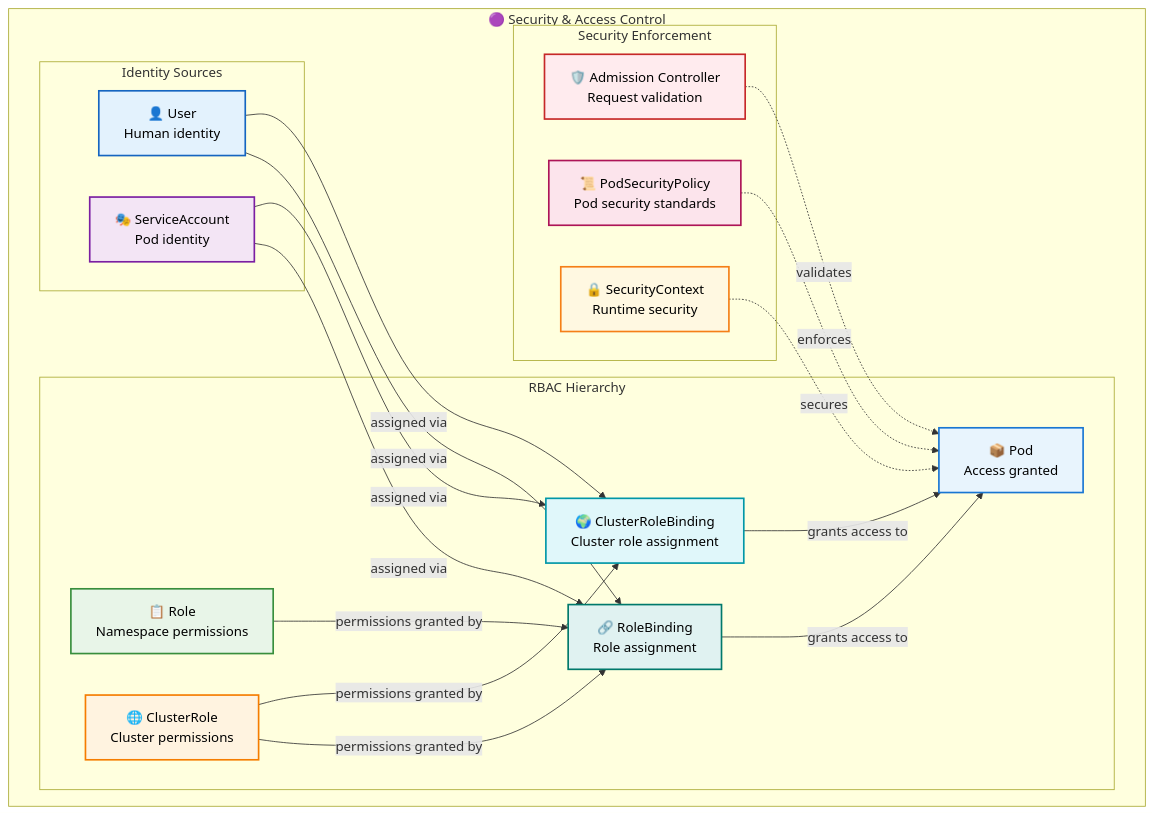
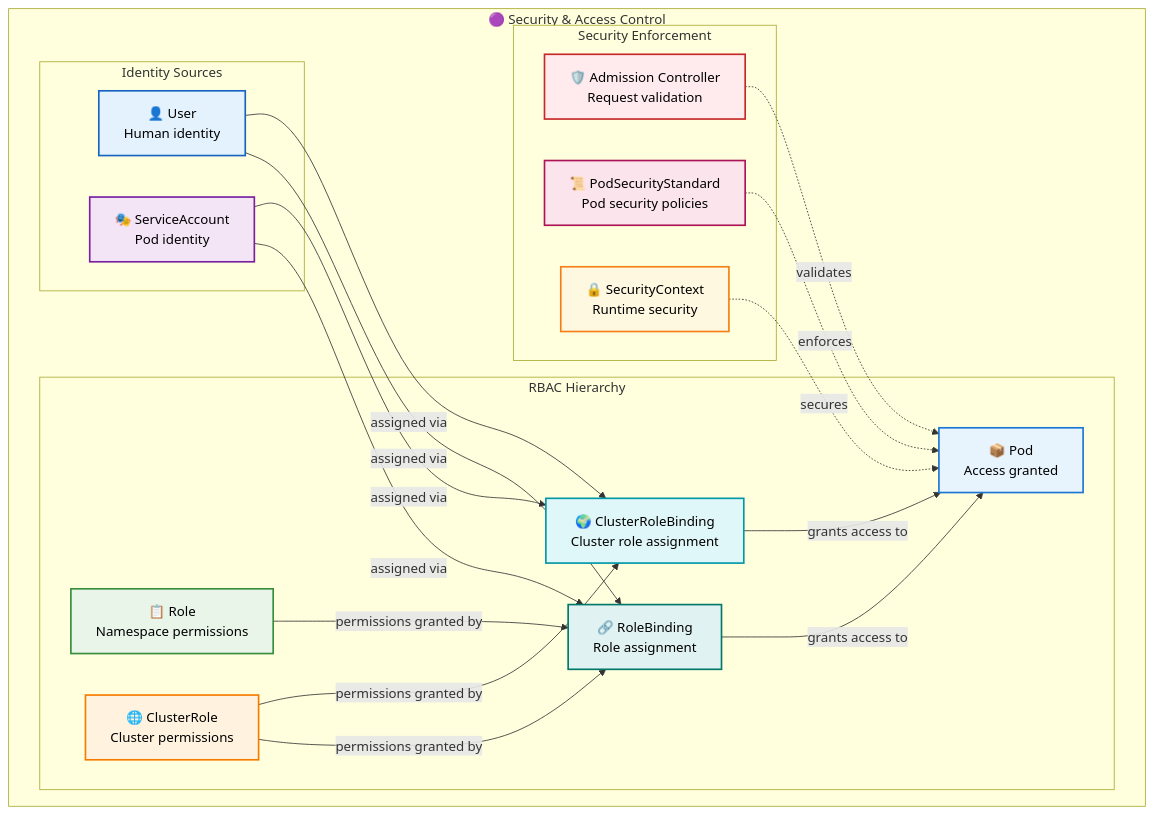
Before and after one commit to razkevich/system_design_course: the sixth of 8 diagrams in 1.4_distributed_systems/kubernetes_developer_guide.md, drawn with Mermaid. The commit also changed other lines of this file, not shown here.

````diff
--- a/1.4_distributed_systems/kubernetes_developer_guide.md
+++ b/1.4_distributed_systems/kubernetes_developer_guide.md
@@ -209,49 +205,49 @@
 ```mermaid
 flowchart TD
     subgraph "🟣 Security & Access Control"
         
         subgraph "Identity Sources"
             User["👤 User<br/>Human identity"]
             ServiceAccount["🎭 ServiceAccount<br/>Pod identity"]
         end
         
         subgraph "RBAC Hierarchy"
             Role["📋 Role<br/>Namespace permissions"]
             ClusterRole["🌐 ClusterRole<br/>Cluster permissions"]
             RoleBinding["🔗 RoleBinding<br/>Role assignment"]
             ClusterRoleBinding["🌍 ClusterRoleBinding<br/>Cluster role assignment"]
             SecurityPod["📦 Pod<br/>Access granted"]
             
             User -->|"assigned via"| RoleBinding
             User -->|"assigned via"| ClusterRoleBinding
             ServiceAccount -->|"assigned via"| RoleBinding
             ServiceAccount -->|"assigned via"| ClusterRoleBinding
             Role -->|"permissions granted by"| RoleBinding
             ClusterRole -->|"permissions granted by"| RoleBinding
             ClusterRole -->|"permissions granted by"| ClusterRoleBinding
             RoleBinding -->|"grants access to"| SecurityPod
             ClusterRoleBinding -->|"grants access to"| SecurityPod
         end
         
         subgraph "Security Enforcement"
             AdmissionController["🛡️ Admission Controller<br/>Request validation"]
-            PodSecurityPolicy["📜 PodSecurityPolicy<br/>Pod security standards"]
+            PodSecurityStandard["📜 PodSecurityStandard<br/>Pod security policies"]
             SecurityContext["🔒 SecurityContext<br/>Runtime security"]
             
             AdmissionController -.->|"validates"| SecurityPod
-            PodSecurityPolicy -.->|"enforces"| SecurityPod
+            PodSecurityStandard -.->|"enforces"| SecurityPod
             SecurityContext -.->|"secures"| SecurityPod
         end
     end
     
     style SecurityPod fill:#e8f4fd,stroke:#1976d2,stroke-width:2px,color:#000
     style User fill:#e3f2fd,stroke:#1565c0,stroke-width:2px,color:#000
     style ServiceAccount fill:#f3e5f5,stroke:#7b1fa2,stroke-width:2px,color:#000
     style Role fill:#e8f5e8,stroke:#388e3c,stroke-width:2px,color:#000
     style ClusterRole fill:#fff3e0,stroke:#f57c00,stroke-width:2px,color:#000
     style RoleBinding fill:#e0f2f1,stroke:#00796b,stroke-width:2px,color:#000
     style ClusterRoleBinding fill:#e0f7fa,stroke:#0097a7,stroke-width:2px,color:#000
     style AdmissionController fill:#ffebee,stroke:#c62828,stroke-width:2px,color:#000
-    style PodSecurityPolicy fill:#fce4ec,stroke:#ad1457,stroke-width:2px,color:#000
+    style PodSecurityStandard fill:#fce4ec,stroke:#ad1457,stroke-width:2px,color:#000
     style SecurityContext fill:#fff8e1,stroke:#f57f17,stroke-width:2px,color:#000
 ```
````
